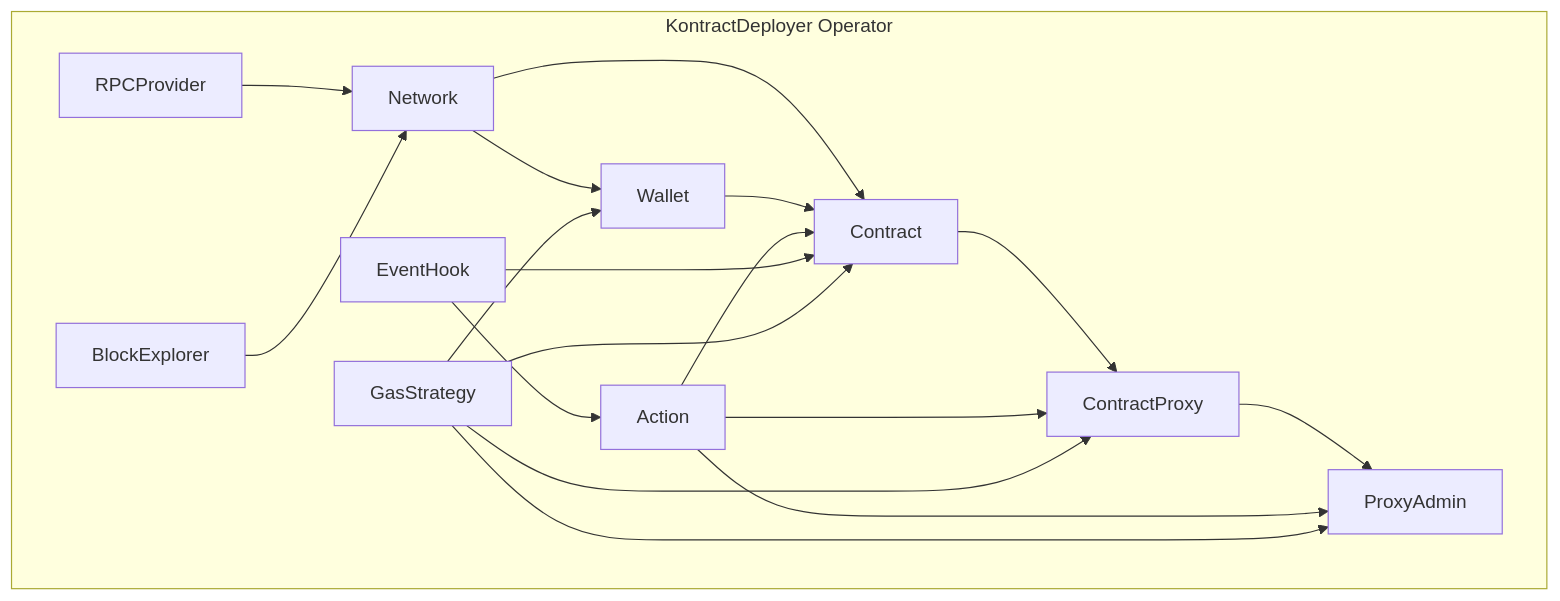
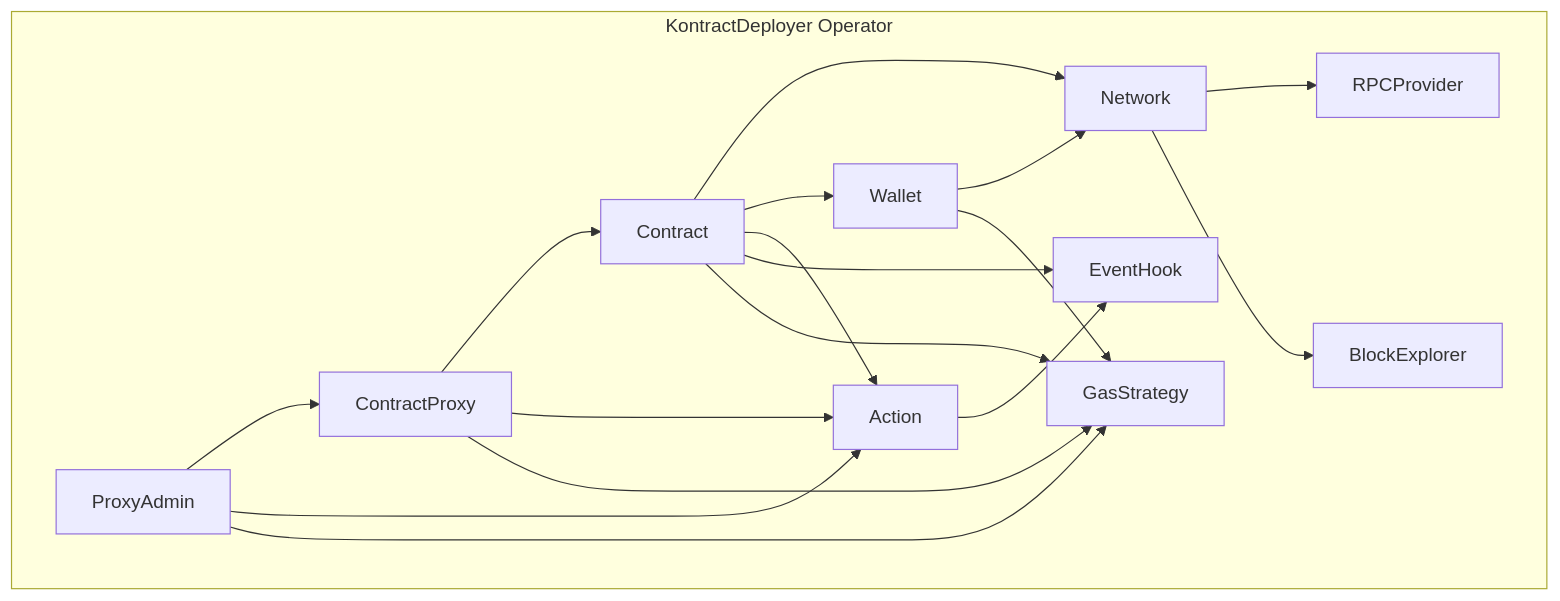
The diagram in README.md (expedio-blockchain/Kontract), drawn with Mermaid before and after one commit.

Commit message:
opposite arrows

````diff
--- a/README.md
+++ b/README.md
@@ -23,21 +23,21 @@
 ```mermaid
 graph TB
     subgraph KontractDeployer Operator
-        RPCProvider --> Network
-        BlockExplorer --> Network
-        Network --> Contract
-        Network --> Wallet
-        Wallet --> Contract
-        Contract --> ContractProxy
-        ContractProxy --> ProxyAdmin
-        Action --> Contract
-        Action --> ContractProxy
-        Action --> ProxyAdmin
-        EventHook --> Action
-        EventHook --> Contract
-        GasStrategy --> Wallet
-        GasStrategy --> Contract
-        GasStrategy --> ContractProxy
-        GasStrategy --> ProxyAdmin
+        Network --> RPCProvider
+        Network --> BlockExplorer
+        Contract --> Network
+        Wallet --> Network
+        Contract --> Wallet
+        ContractProxy --> Contract
+        ProxyAdmin --> ContractProxy
+        Contract --> Action
+        ContractProxy --> Action
+        ProxyAdmin --> Action
+        Action --> EventHook
+        Contract --> EventHook
+        Wallet --> GasStrategy
+        Contract --> GasStrategy
+        ContractProxy --> GasStrategy
+        ProxyAdmin --> GasStrategy
     end
 ```
````
